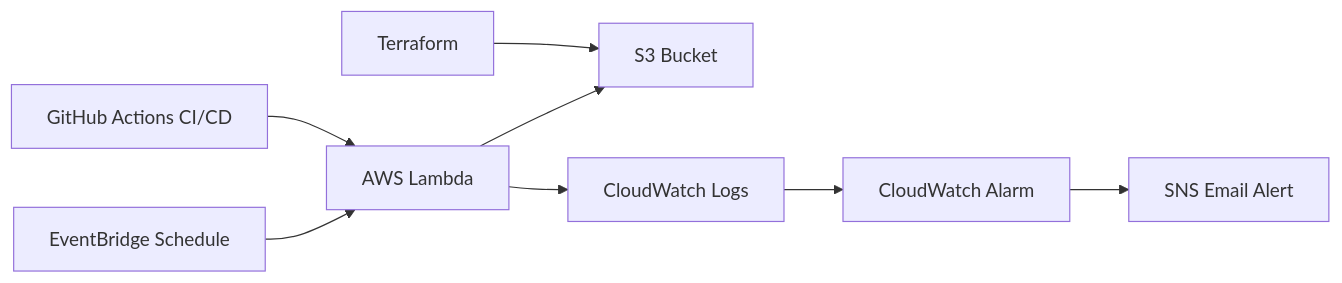
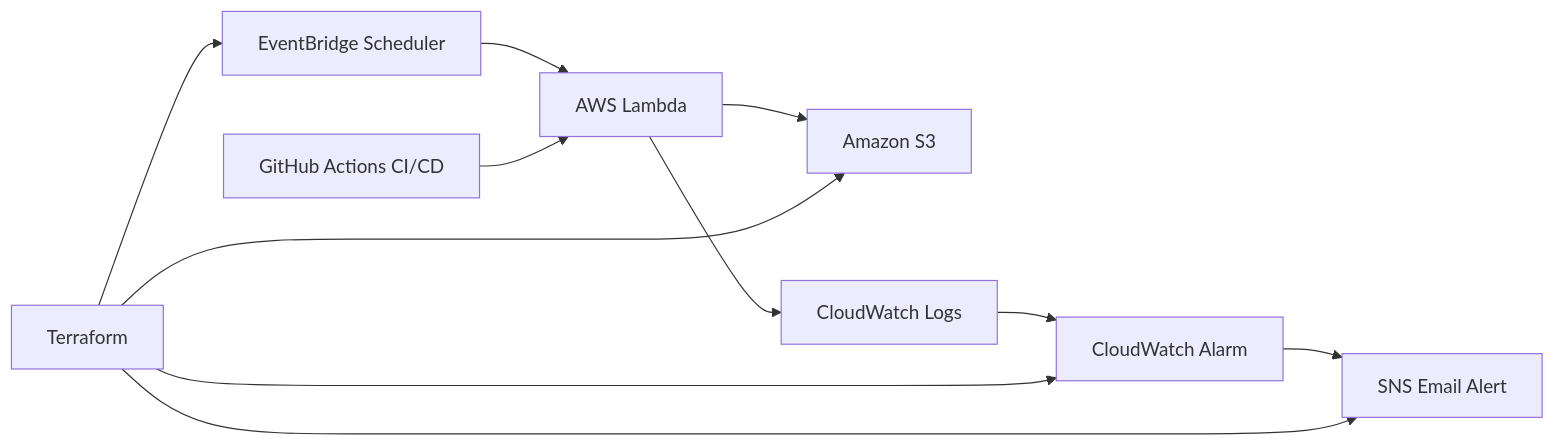
Before and after one commit to senod96/aws-serverless-weather-pipeline: the diagram in README.md, drawn with Mermaid. The commit also changed other lines of this file, not shown here.

````diff
--- a/README.md
+++ b/README.md
@@ -30,10 +13,15 @@
 ```mermaid
 flowchart LR
-    A[EventBridge Schedule] --> B[AWS Lambda]
-    B --> C[S3 Bucket]
+    A[EventBridge Scheduler] --> B[AWS Lambda]
+    B --> C[Amazon S3]
     B --> D[CloudWatch Logs]
     D --> E[CloudWatch Alarm]
     E --> F[SNS Email Alert]
+
     G[GitHub Actions CI/CD] --> B
-    H[Terraform] --> C
+
+    H[Terraform] --> A
+    H --> C
+    H --> E
+    H --> F
 ```
````
